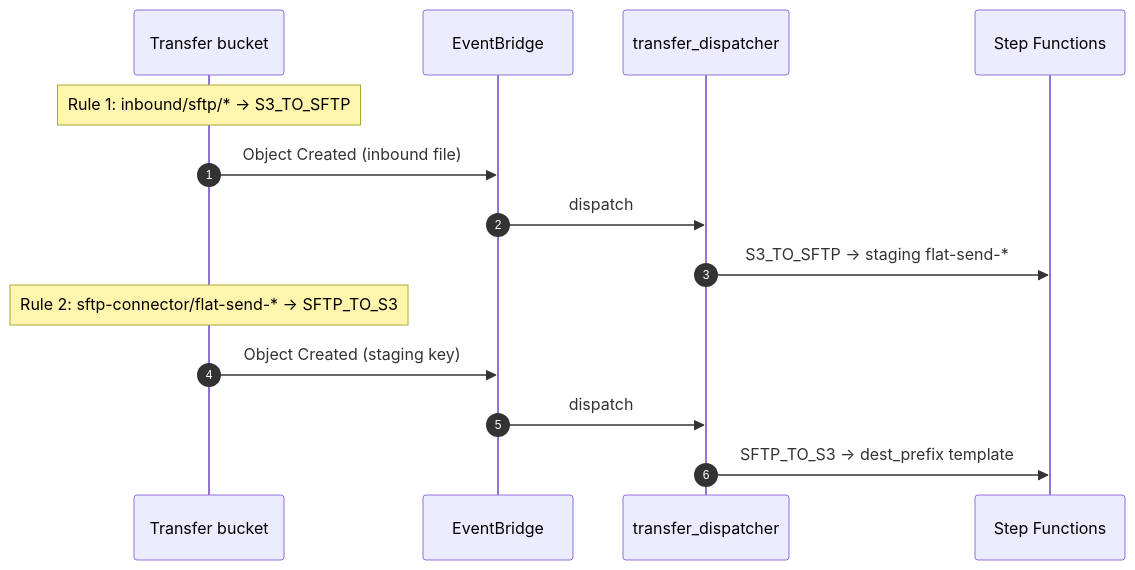
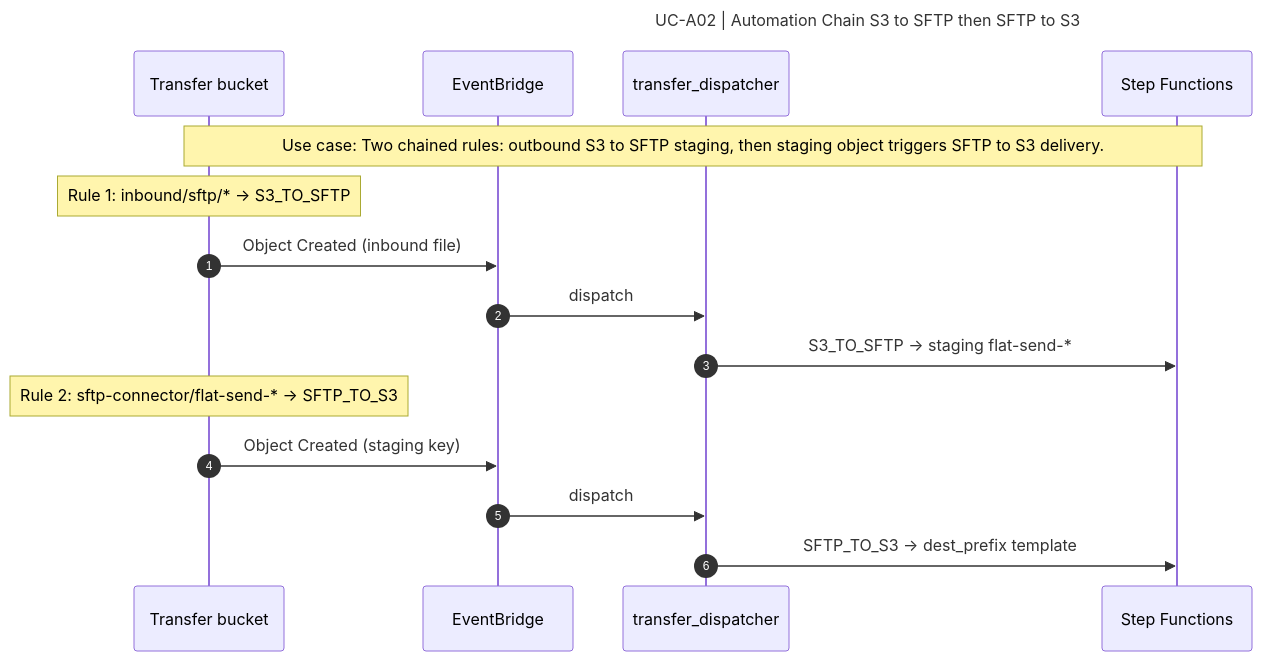
One commit to bayareala8s/BayRelayAI changed diagram 16 of 31 in docs/SEQUENCE_DIAGRAMS.md. Above: the diagram before and after it, drawn with Mermaid. The commit also changed other lines of this file and 68 other files, not shown here.

First line of the commit message:
Add title and use-case labels to all sequence diagrams.

````diff
--- a/docs/SEQUENCE_DIAGRAMS.md
+++ b/docs/SEQUENCE_DIAGRAMS.md
@@ -403,18 +491,22 @@
 ```mermaid
+---
+title: UC-A02 | Automation Chain S3 to SFTP then SFTP to S3
+---
 sequenceDiagram
   autonumber
   participant S3 as Transfer bucket
   participant EB as EventBridge
   participant Disp as transfer_dispatcher
   participant SFN as Step Functions
+  Note over S3,SFN: Use case: Two chained rules: outbound S3 to SFTP staging, then staging object triggers SFTP to S3 delivery.
 
   Note over S3: Rule 1: inbound/sftp/* → S3_TO_SFTP
   S3->>EB: Object Created (inbound file)
   EB->>Disp: dispatch
   Disp->>SFN: S3_TO_SFTP → staging flat-send-*
 
   Note over S3: Rule 2: sftp-connector/flat-send-* → SFTP_TO_S3
   S3->>EB: Object Created (staging key)
   EB->>Disp: dispatch
   Disp->>SFN: SFTP_TO_S3 → dest_prefix template
 ```
````
